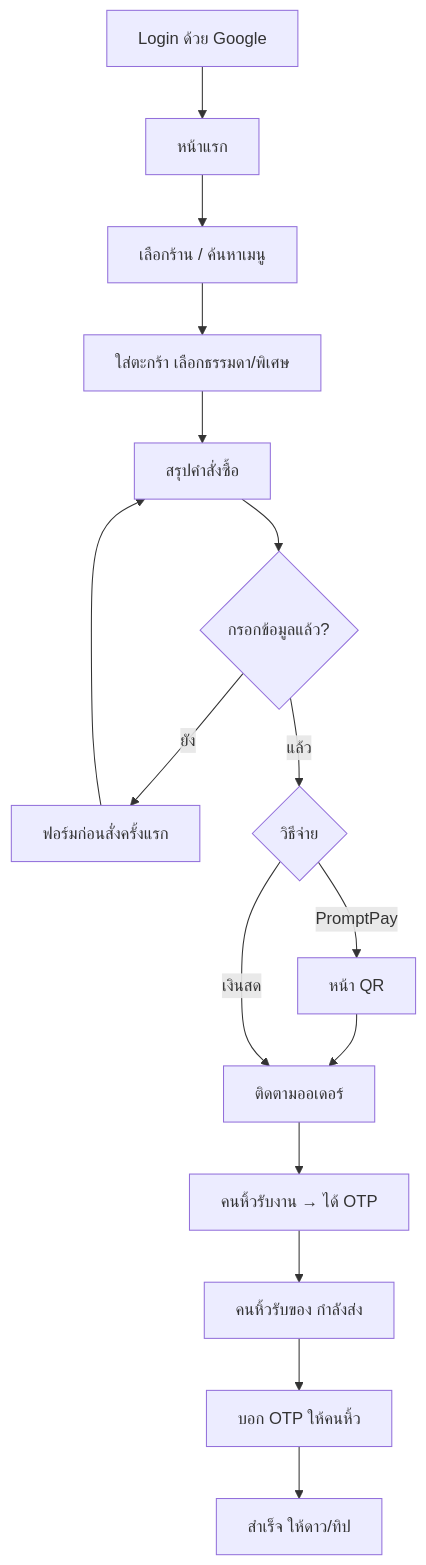
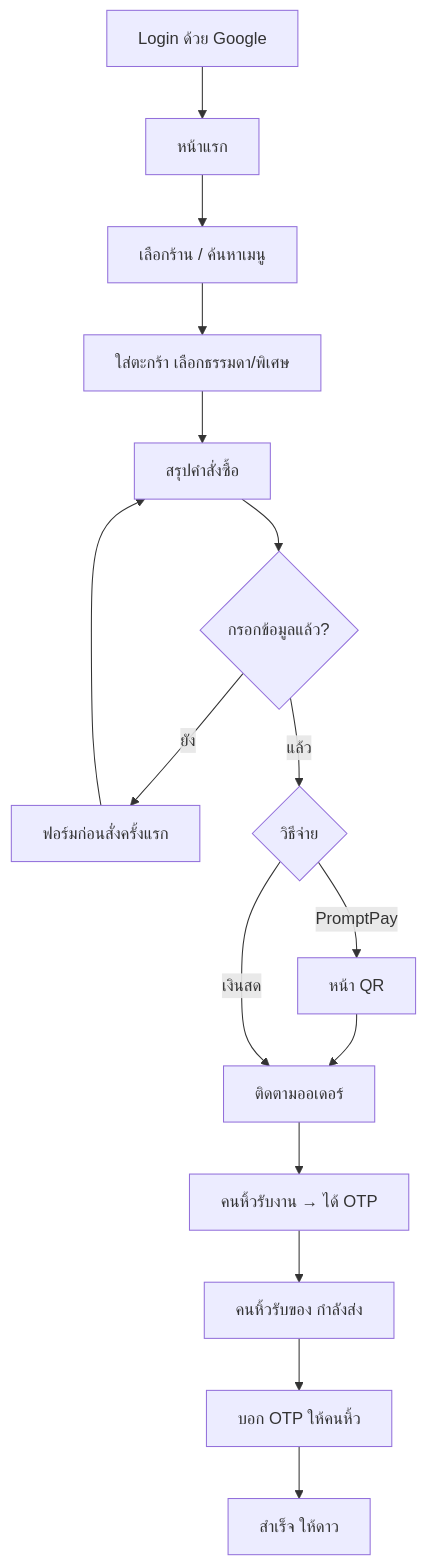
Before and after one commit to Na1awut/goast_man: the second of 3 diagrams in PROJECT_GUIDE.md, drawn with Mermaid. The commit also changed other lines of this file and 2 other files, not shown here.

````diff
--- a/PROJECT_GUIDE.md
+++ b/PROJECT_GUIDE.md
@@ -472,16 +473,16 @@
 ```mermaid
 flowchart TD
     A[Login ด้วย Google] --> B[หน้าแรก]
     B --> C[เลือกร้าน / ค้นหาเมนู]
     C --> D[ใส่ตะกร้า เลือกธรรมดา/พิเศษ]
     D --> E[สรุปคำสั่งซื้อ]
     E --> F{กรอกข้อมูลแล้ว?}
     F -- ยัง --> G[ฟอร์มก่อนสั่งครั้งแรก] --> E
     F -- แล้ว --> H{วิธีจ่าย}
     H -- PromptPay --> I[หน้า QR] --> J[ติดตามออเดอร์]
     H -- เงินสด --> J
     J --> K[คนหิ้วรับงาน → ได้ OTP]
     K --> L[คนหิ้วรับของ กำลังส่ง]
     L --> M[บอก OTP ให้คนหิ้ว]
-    M --> N[สำเร็จ ให้ดาว/ทิป]
+    M --> N[สำเร็จ ให้ดาว]
 ```
````
